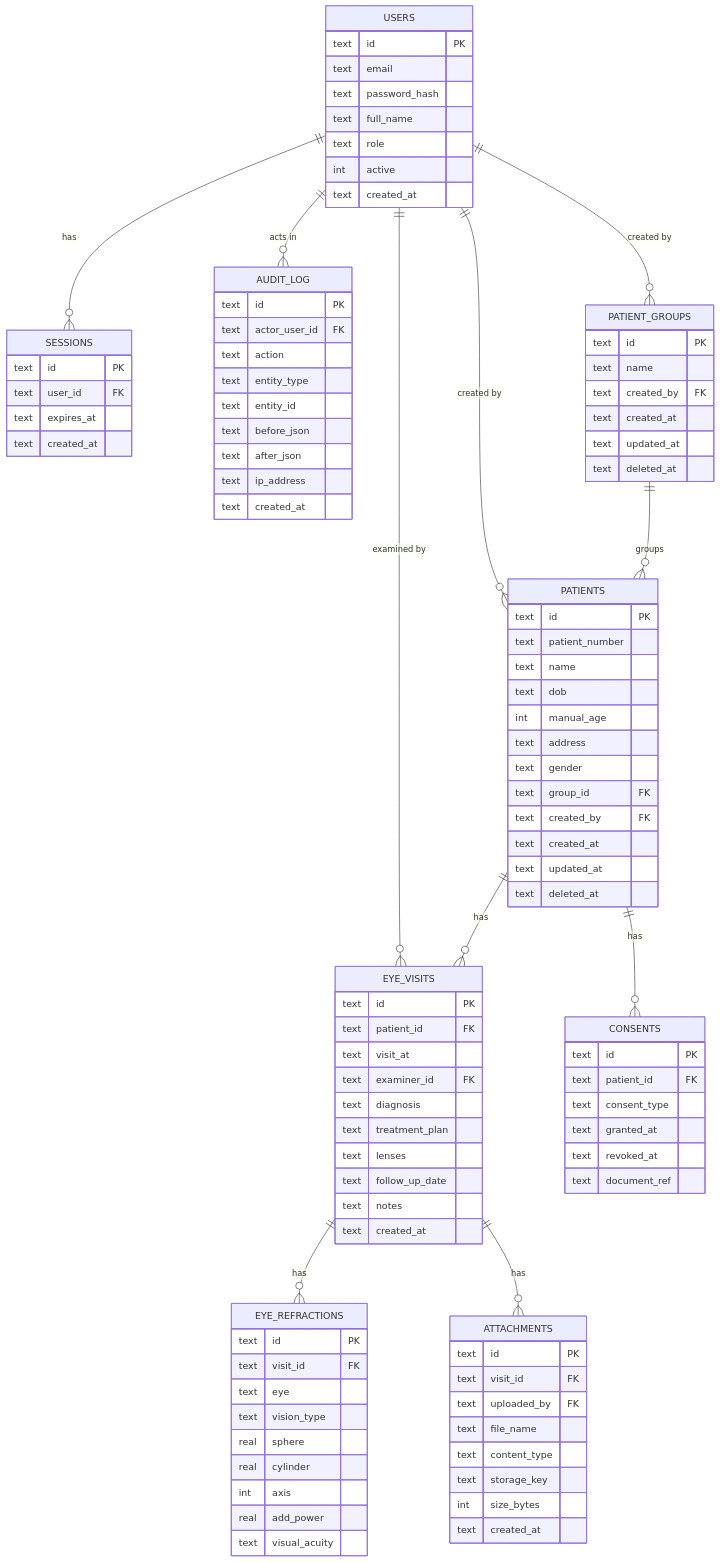
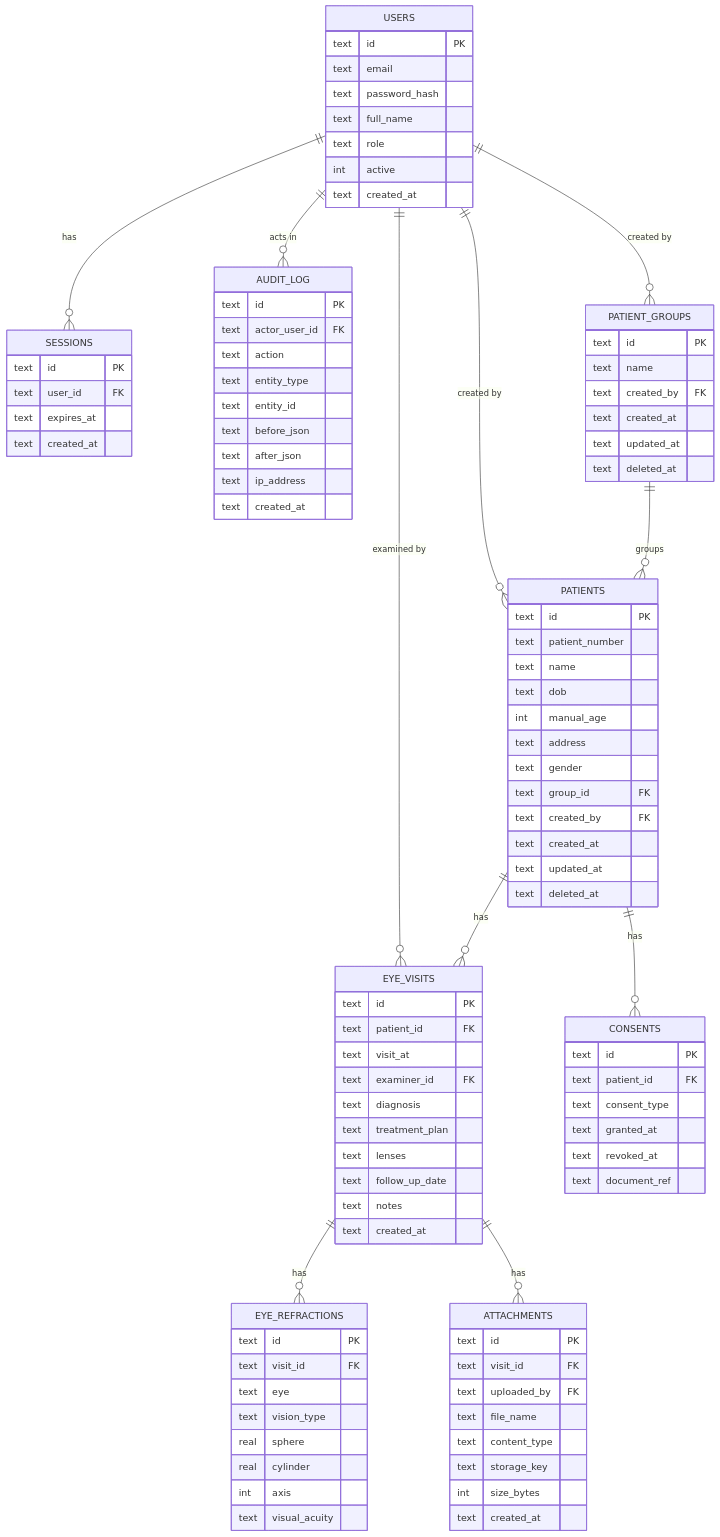
The second of 2 diagrams in docs/design.md (hashwani19/Testhash), drawn with Mermaid before and after one commit. The commit also changed other lines of this file and 4 other files, not shown here.

```diff
--- a/docs/design.md
+++ b/docs/design.md
@@ -184,7 +184,6 @@
         real sphere
         real cylinder
         int axis
-        real add_power
         text visual_acuity
     }
     ATTACHMENTS {
```
